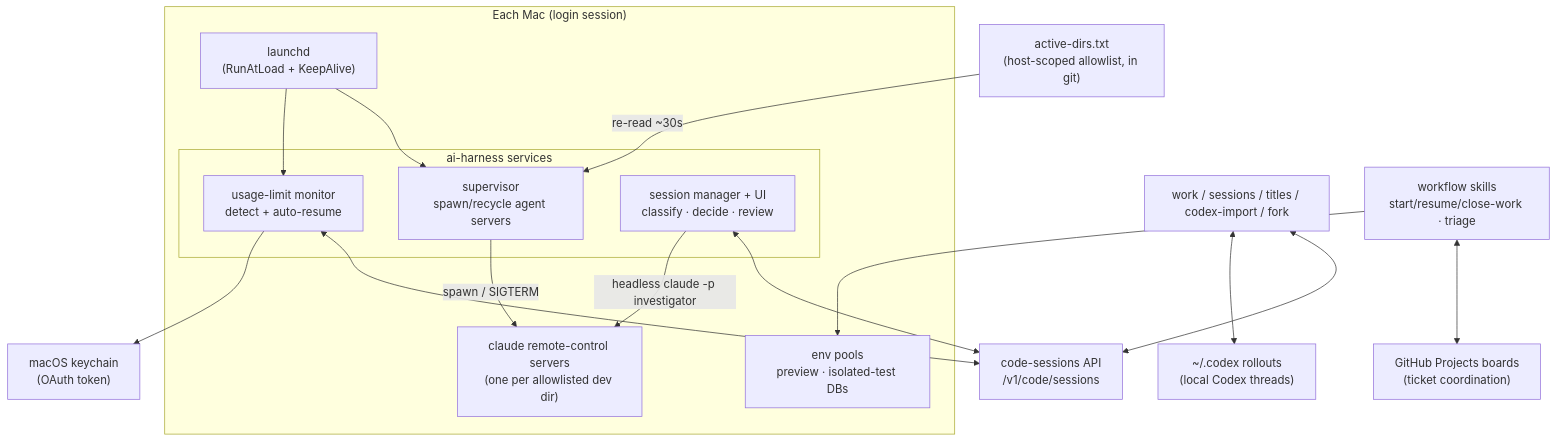
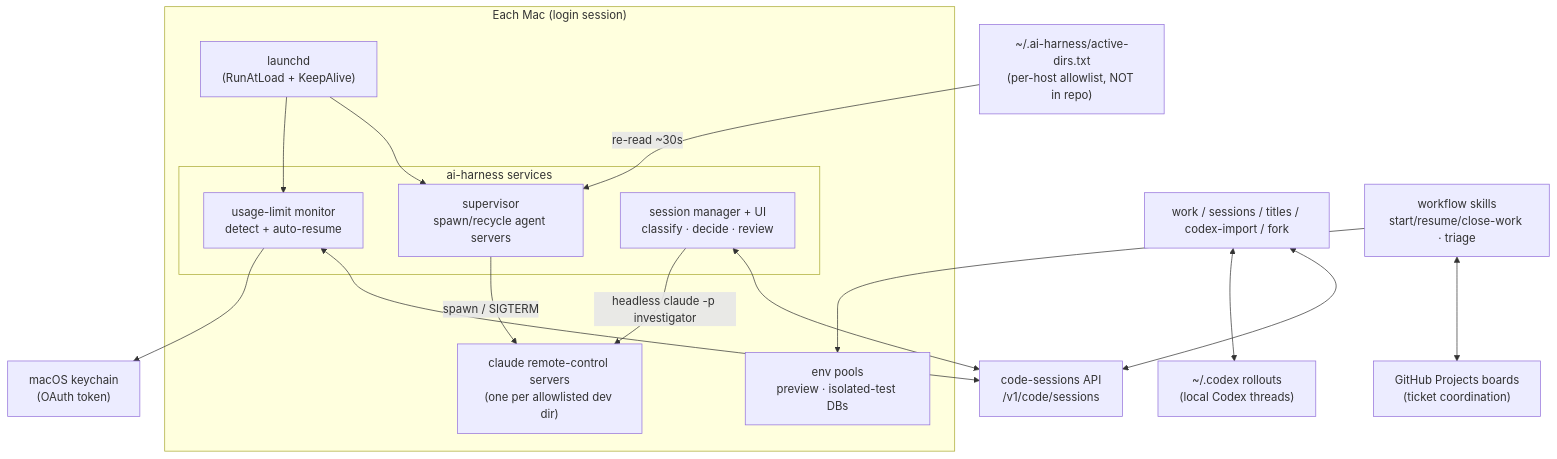
One commit to jdtogni78/ai-harness changed the diagram in docs/ARCHITECTURE.md. Above: the diagram before and after it, drawn with Mermaid. The commit also changed other lines of this file and 8 other files, not shown here.

````diff
--- a/docs/ARCHITECTURE.md
+++ b/docs/ARCHITECTURE.md
@@ -17,32 +17,32 @@
 ```mermaid
 flowchart TB
     subgraph host["Each Mac (login session)"]
         launchd["launchd<br/>(RunAtLoad + KeepAlive)"]
         subgraph svc["ai-harness services"]
             sup["supervisor<br/>spawn/recycle agent servers"]
             mon["usage-limit monitor<br/>detect + auto-resume"]
             mgr["session manager + UI<br/>classify · decide · review"]
         end
         servers["claude remote-control servers<br/>(one per allowlisted dev dir)"]
         pools["env pools<br/>preview · isolated-test DBs"]
     end
 
     launchd --> sup
     launchd --> mon
     sup -->|spawn / SIGTERM| servers
-    allow["active-dirs.txt<br/>(host-scoped allowlist, in git)"] -->|re-read ~30s| sup
+    allow["~/.ai-harness/active-dirs.txt<br/>(per-host allowlist, NOT in repo)"] -->|re-read ~30s| sup
 
     api["code-sessions API<br/>/v1/code/sessions"]
     kc["macOS keychain<br/>(OAuth token)"]
     codex["~/.codex rollouts<br/>(local Codex threads)"]
     board["GitHub Projects boards<br/>(ticket coordination)"]
 
     mon <--> api
     mon --> kc
     mgr <--> api
     mgr -->|headless claude -p investigator| servers
     cli["work / sessions / titles / codex-import / fork"] <--> api
     cli <--> codex
     skills["workflow skills<br/>start/resume/close-work · triage"] <--> board
     skills --> pools
 ```
````
